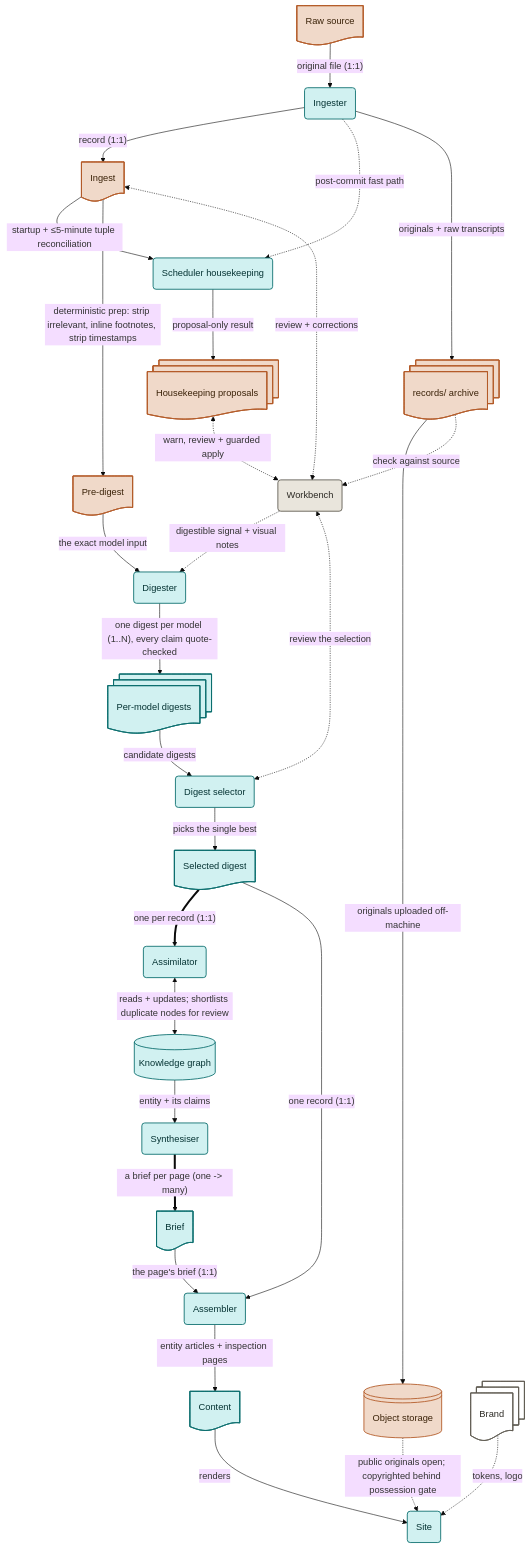
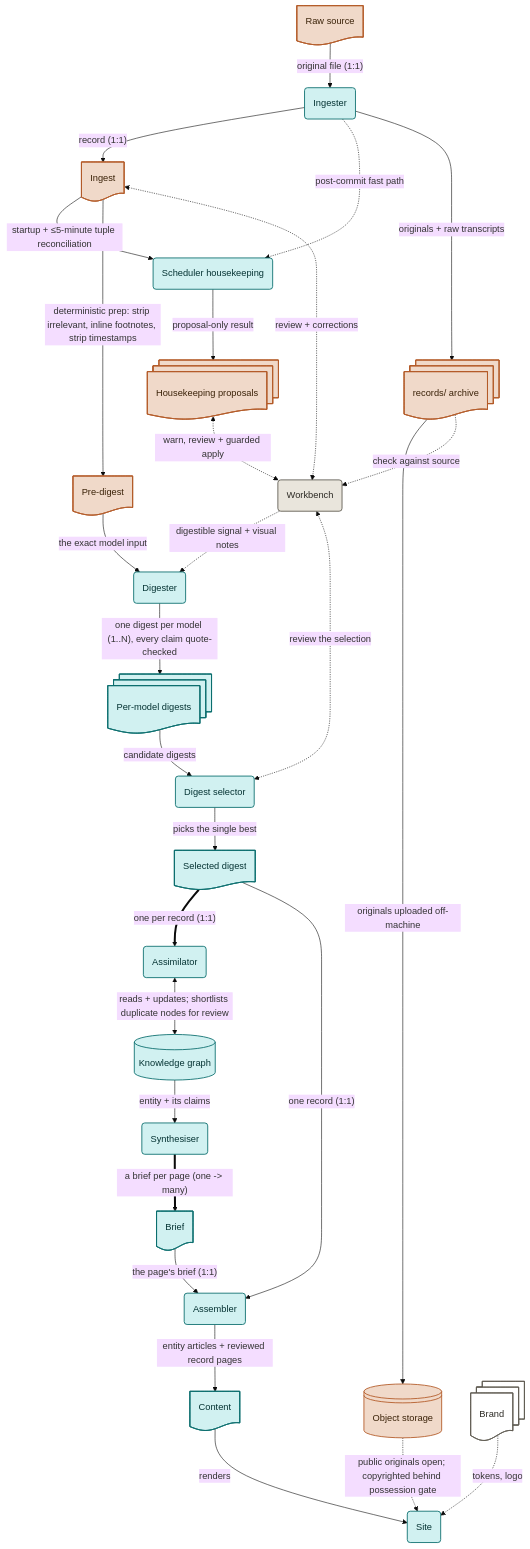
Before and after one commit to anomalica/anomalica: the diagram in reference/pipeline.mmd, drawn with Mermaid (base theme). The commit also changed 16 other files, not shown here.

```diff
--- a/reference/pipeline.mmd
+++ b/reference/pipeline.mmd
@@ -1,82 +1,82 @@
 flowchart TB
   classDef src fill:#F0D9C9,stroke:#B35A28,stroke-width:1.5px,color:#3a2208;
   classDef pub fill:#D1F1F1,stroke:#0B6E6E,stroke-width:1.5px,color:#053333;
   classDef rev fill:#E9E5DC,stroke:#5E5A50,stroke-width:1.5px,color:#2c2a24;
   classDef store fill:#ffffff,stroke:#5E5A50,stroke-width:1.3px,color:#2c2a24;
 
   raw@{ shape: doc, label: "Raw source" }
   ingester@{ shape: rounded, label: "Ingester" }
   ingest@{ shape: doc, label: "Ingest" }
   housekeeping@{ shape: rounded, label: "Scheduler housekeeping" }
   housekeeping_proposals@{ shape: docs, label: "Housekeeping proposals" }
   predigest@{ shape: doc, label: "Pre-digest" }
   archive@{ shape: docs, label: "records/ archive" }
   bucket@{ shape: lin-cyl, label: "Object storage" }
   workbench@{ shape: rounded, label: "Workbench" }
   digester@{ shape: rounded, label: "Digester" }
   digests@{ shape: docs, label: "Per-model digests" }
   selector@{ shape: rounded, label: "Digest selector" }
   selected@{ shape: doc, label: "Selected digest" }
   assimilator@{ shape: rounded, label: "Assimilator" }
   kg@{ shape: cyl, label: "Knowledge graph" }
   synthesiser@{ shape: rounded, label: "Synthesiser" }
   briefs@{ shape: doc, label: "Brief" }
   assembler@{ shape: rounded, label: "Assembler" }
   content@{ shape: doc, label: "Content" }
   site@{ shape: rounded, label: "Site" }
   brand@{ shape: docs, label: "Brand" }
 
   raw -->|"original file (1:1)"| ingester
   ingester -->|"record (1:1)"| ingest
   ingester -.->|"post-commit fast path"| housekeeping
   ingest -->|"startup + ≤5-minute tuple reconciliation"| housekeeping
   housekeeping -->|"proposal-only result"| housekeeping_proposals
   housekeeping_proposals <-.->|"warn, review + guarded apply"| workbench
   ingester -->|"originals + raw transcripts"| archive
   archive -->|"originals uploaded off-machine"| bucket
   bucket -.->|"public originals open; copyrighted behind possession gate"| site
   ingest -->|"deterministic prep: strip irrelevant, inline footnotes, strip timestamps"| predigest
   predigest -->|"the exact model input"| digester
   digester -->|"one digest per model (1..N), every claim quote-checked"| digests
   digests -->|"candidate digests"| selector
   selector -->|"picks the single best"| selected
   selected ==>|"one per record (1:1)"| assimilator
   assimilator <-->|"reads + updates; shortlists duplicate nodes for review"| kg
   kg -->|"entity + its claims"| synthesiser
   synthesiser ==>|"a brief per page (one -> many)"| briefs
   briefs -->|"the page's brief (1:1)"| assembler
   selected -->|"one record (1:1)"| assembler
-  assembler -->|"entity articles + inspection pages"| content
+  assembler -->|"entity articles + reviewed record pages"| content
   content -->|"renders"| site
   brand -.->|"tokens, logo"| site
   ingest <-.->|"review + corrections"| workbench
   selector <-.->|"review the selection"| workbench
   archive -.->|"check against source"| workbench
   workbench -.->|"digestible signal + visual notes"| digester
 
   class raw,ingest,housekeeping_proposals,predigest,archive,bucket src
   class ingester,housekeeping,digester,digests,selector,selected,assimilator,kg,synthesiser,briefs,assembler,content,site pub
   class workbench rev
   class brand store
 
   click raw nodeClick
   click ingester nodeClick
   click ingest nodeClick
   click housekeeping nodeClick
   click housekeeping_proposals nodeClick
   click predigest nodeClick
   click archive nodeClick
   click bucket nodeClick
   click workbench nodeClick
   click digester nodeClick
   click digests nodeClick
   click selector nodeClick
   click selected nodeClick
   click assimilator nodeClick
   click kg nodeClick
   click synthesiser nodeClick
   click briefs nodeClick
   click assembler nodeClick
   click content nodeClick
   click site nodeClick
   click brand nodeClick
```
